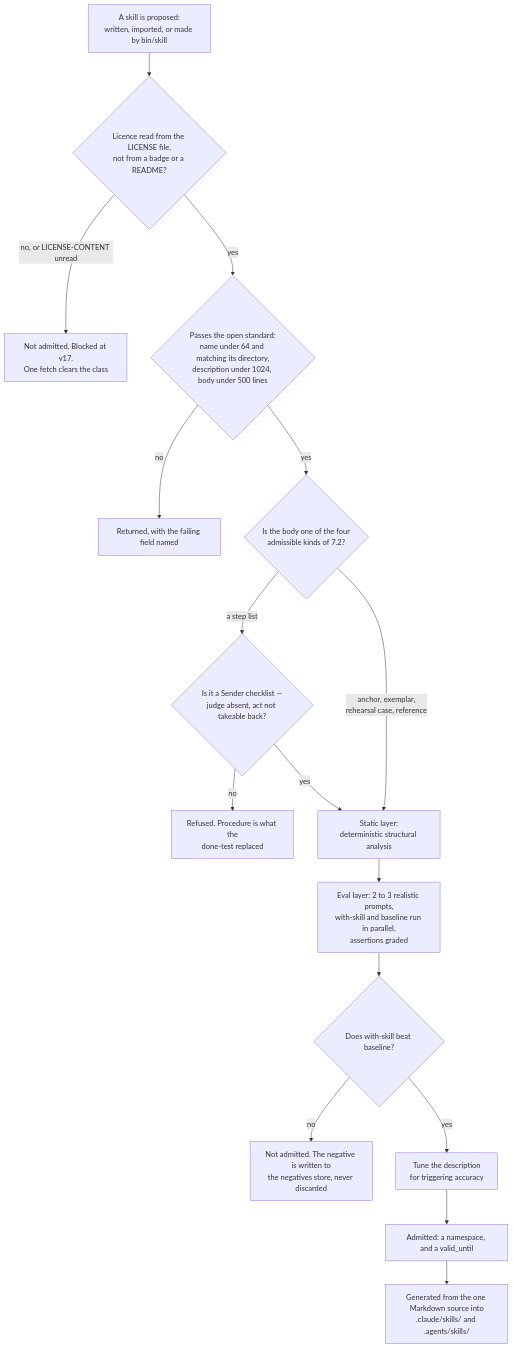
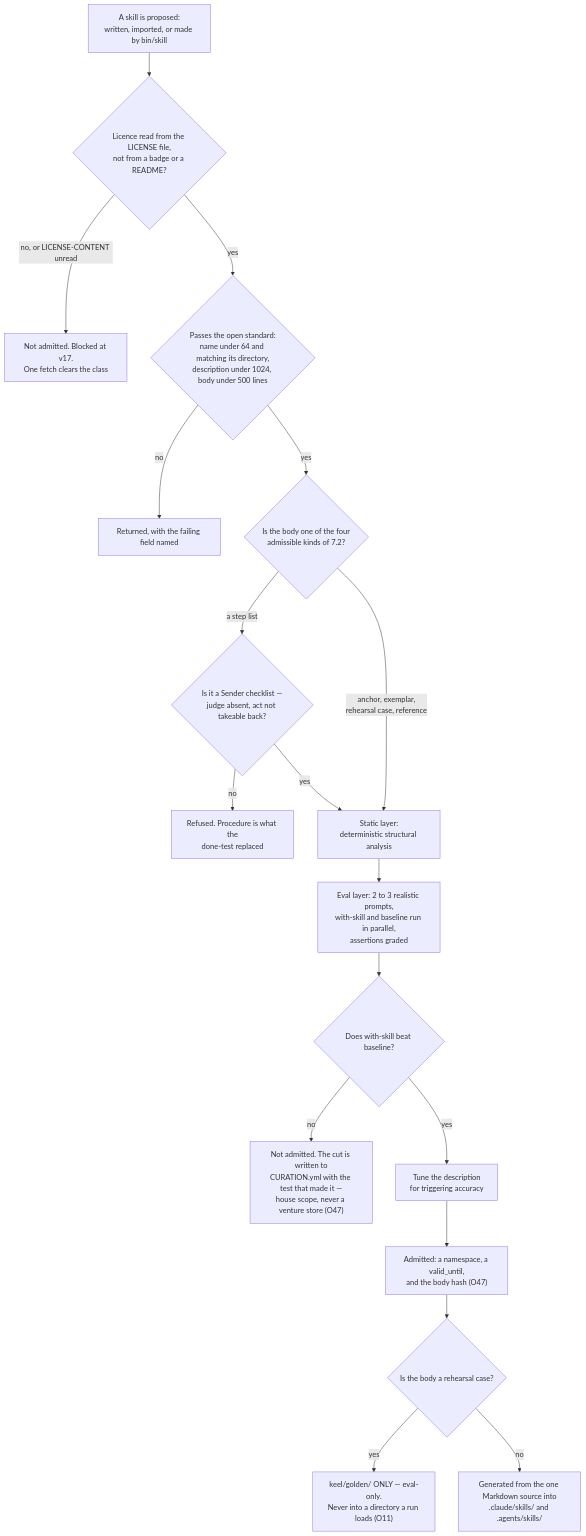
The first of 2 diagrams in docs/03-system-design/final-v2/parts/07-skills.md (Adam077K/agentvibe), drawn with Mermaid before and after one commit. The commit also changed other lines of this file and 4 other files, not shown here.

````diff
--- a/docs/03-system-design/final-v2/parts/07-skills.md
+++ b/docs/03-system-design/final-v2/parts/07-skills.md
@@ -110,18 +162,20 @@
 ```mermaid
 flowchart TD
     P["A skill is proposed:<br/>written, imported, or made by bin/skill"] --> LIC{"Licence read from the LICENSE file,<br/>not from a badge or a README?"}
     LIC -->|"no, or LICENSE-CONTENT unread"| HOLD["Not admitted. Blocked at v17.<br/>One fetch clears the class"]
     LIC -->|"yes"| SPEC{"Passes the open standard:<br/>name under 64 and matching its directory,<br/>description under 1024, body under 500 lines"}
     SPEC -->|"no"| FIX["Returned, with the failing field named"]
     SPEC -->|"yes"| BODY{"Is the body one of the four<br/>admissible kinds of 7.2?"}
     BODY -->|"a step list"| SEND{"Is it a Sender checklist —<br/>judge absent, act not takeable back?"}
     SEND -->|"no"| REJ["Refused. Procedure is what the<br/>done-test replaced"]
     SEND -->|"yes"| STATIC
     BODY -->|"anchor, exemplar,<br/>rehearsal case, reference"| STATIC["Static layer:<br/>deterministic structural analysis"]
     STATIC --> EVAL["Eval layer: 2 to 3 realistic prompts,<br/>with-skill and baseline run in parallel,<br/>assertions graded"]
     EVAL --> BEAT{"Does with-skill beat baseline?"}
-    BEAT -->|"no"| NEG["Not admitted. The negative is written to<br/>the negatives store, never discarded"]
+    BEAT -->|"no"| NEG["Not admitted. The cut is written to<br/>CURATION.yml with the test that made it —<br/>house scope, never a venture store (O47)"]
     BEAT -->|"yes"| TRIG["Tune the description<br/>for triggering accuracy"]
-    TRIG --> EXP["Admitted: a namespace, and a valid_until"]
-    EXP --> GEN["Generated from the one Markdown source into<br/>.claude/skills/ and .agents/skills/"]
+    TRIG --> EXP["Admitted: a namespace, a valid_until,<br/>and the body hash (O47)"]
+    EXP --> EVO{"Is the body a rehearsal case?"}
+    EVO -->|"yes"| GOLD["keel/golden/ ONLY — eval-only.<br/>Never into a directory a run loads (O11)"]
+    EVO -->|"no"| GEN["Generated from the one Markdown source into<br/>.claude/skills/ and .agents/skills/"]
 ```
````
